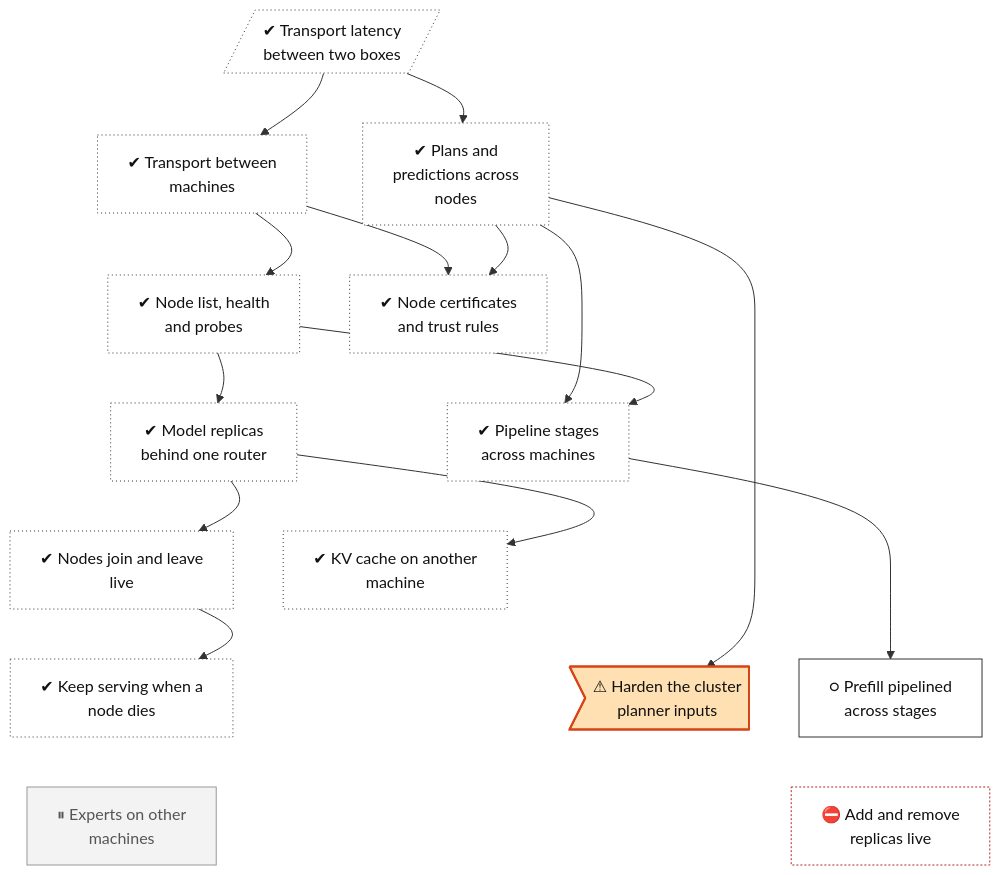
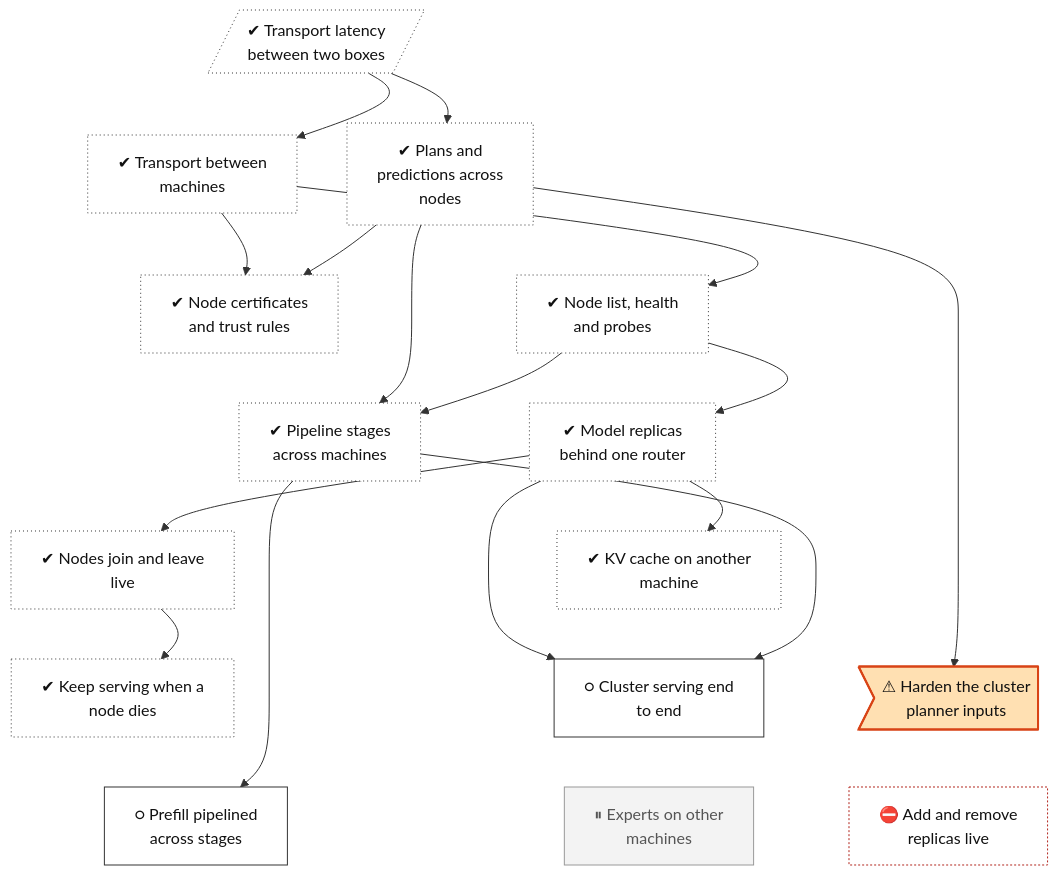
Before and after one commit to lhns/tetraeder: the diagram in docs/roadmap/tracks/cluster.md, drawn with Mermaid. The commit also changed other lines of this file and 4 other files, not shown here.

Commit message:
Tree: cluster-integration (step 5 gaps: serve --cluster head, plan-derived replicas, pipeline replica through daemons, real prefix store, planned drain), the rehearsal depends on it (not measured)

````diff
--- a/docs/roadmap/tracks/cluster.md
+++ b/docs/roadmap/tracks/cluster.md
@@ -10,63 +10,66 @@
 ```mermaid
 flowchart TB
     cluster_transport_wan[/"✔ Transport latency<br/>between two boxes"/]
     cluster_transport["✔ Transport between<br/>machines"]
     cluster_planner["✔ Plans and<br/>predictions across<br/>nodes"]
     cluster_mtls["✔ Node certificates<br/>and trust rules"]
     cluster_discovery["✔ Node list, health<br/>and probes"]
     cluster_pipeline_nodes["✔ Pipeline stages<br/>across machines"]
     cluster_replicas["✔ Model replicas<br/>behind one router"]
     cluster_join_leave["✔ Nodes join and leave<br/>live"]
     cluster_remote_kv["✔ KV cache on another<br/>machine"]
     cluster_failover["✔ Keep serving when a<br/>node dies"]
+    cluster_integration["○ Cluster serving end<br/>to end"]
     cluster_planner_hardening>"⚠ Harden the cluster<br/>planner inputs"]
     cluster_pipeline_prefill["○ Prefill pipelined<br/>across stages"]
     cluster_experts_nodes["⏸ Experts on other<br/>machines"]
     cluster_replica_scaling["⛔ Add and remove<br/>replicas live"]
     cluster_transport_wan ~~~ cluster_transport
     cluster_transport_wan ~~~ cluster_planner
     cluster_transport ~~~ cluster_mtls
     cluster_planner ~~~ cluster_discovery
     cluster_mtls ~~~ cluster_pipeline_nodes
     cluster_discovery ~~~ cluster_replicas
     cluster_pipeline_nodes ~~~ cluster_join_leave
     cluster_replicas ~~~ cluster_remote_kv
     cluster_join_leave ~~~ cluster_failover
+    cluster_remote_kv ~~~ cluster_integration
     cluster_remote_kv ~~~ cluster_planner_hardening
-    cluster_remote_kv ~~~ cluster_pipeline_prefill
-    cluster_failover ~~~ cluster_experts_nodes
+    cluster_failover ~~~ cluster_pipeline_prefill
+    cluster_integration ~~~ cluster_experts_nodes
     cluster_planner_hardening ~~~ cluster_replica_scaling
-    cluster_pipeline_prefill ~~~ cluster_replica_scaling
     cluster_transport_wan --> cluster_transport
     cluster_transport_wan --> cluster_planner
     cluster_transport --> cluster_mtls
     cluster_planner --> cluster_mtls
     cluster_transport --> cluster_discovery
     cluster_planner --> cluster_pipeline_nodes
     cluster_discovery --> cluster_pipeline_nodes
     cluster_discovery --> cluster_replicas
     cluster_replicas --> cluster_join_leave
     cluster_replicas --> cluster_remote_kv
     cluster_join_leave --> cluster_failover
+    cluster_replicas --> cluster_integration
+    cluster_pipeline_nodes --> cluster_integration
     cluster_planner --> cluster_planner_hardening
     cluster_pipeline_nodes --> cluster_pipeline_prefill
     classDef vsucc fill:#2e9e4f,stroke:#1b6b34,color:#fff
     classDef succ fill:#bfe8c8,stroke:#2e9e4f,color:#111
     classDef mixed fill:#ffd37a,stroke:#c98a00,color:#111
     classDef bad fill:#f28b82,stroke:#b3261e,color:#111
     classDef dead fill:#e6e6e6,stroke:#777,stroke-dasharray:5 5,color:#555
     classDef inprog fill:#a8cdf5,stroke:#1f6fc5,color:#111
     classDef next fill:#fff,stroke:#333,color:#111
     classDef blocked fill:#fff,stroke:#b3261e,stroke-dasharray:2 2,color:#111
     classDef parked fill:#f3f3f3,stroke:#999,color:#555
     classDef unrated fill:#fff,stroke:#333,stroke-dasharray:1 3,color:#111
     classDef gate fill:#d9c2f0,stroke:#7b3fb5,color:#111
     classDef decided fill:#ece0f7,stroke:#7b3fb5,stroke-dasharray:2 2,color:#111
     classDef finding fill:#ffe0b2,stroke:#d84315,stroke-width:2px,color:#111
     classDef waiting fill:#e3f2fd,stroke:#1f6fc5,stroke-dasharray:5 5,color:#111
     class cluster_transport_wan,cluster_transport,cluster_planner,cluster_mtls,cluster_discovery,cluster_pipeline_nodes,cluster_replicas,cluster_join_leave,cluster_remote_kv,cluster_failover unrated
+    class cluster_integration,cluster_pipeline_prefill next
     class cluster_planner_hardening finding
-    class cluster_pipeline_prefill next
     class cluster_experts_nodes parked
     class cluster_replica_scaling blocked
 ```
````
